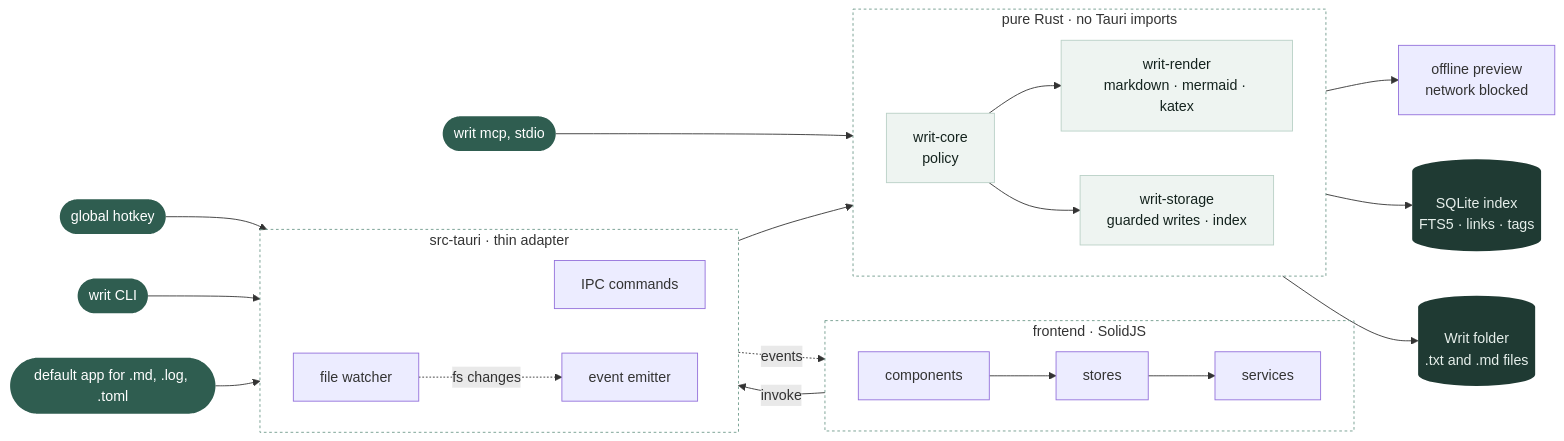
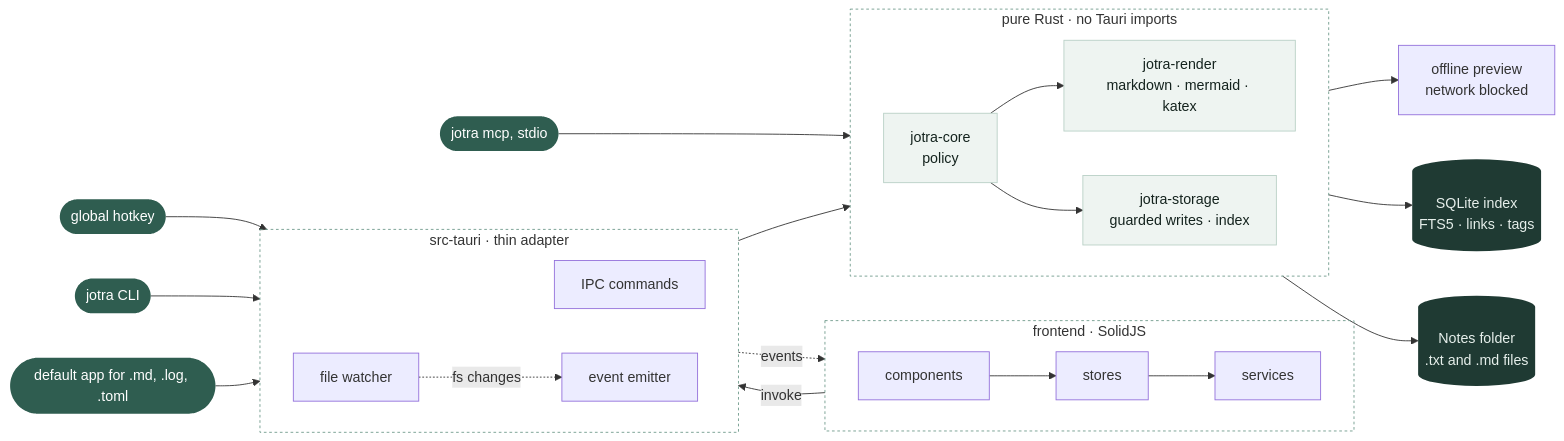
Before and after one commit to ibrahemid/writ: the diagram in docs/ARCHITECTURE.md, drawn with Mermaid. The commit also changed other lines of this file and 1837 other files, not shown here.

First line of the commit message:
refactor: rename crates, binaries and strings from writ to jotra (#371)

````diff
--- a/docs/ARCHITECTURE.md
+++ b/docs/ARCHITECTURE.md
@@ -271,44 +271,44 @@
 ```mermaid
 flowchart LR
     classDef entry fill:#2f5d50,color:#fff,stroke:none
     classDef data fill:#1f3a33,color:#e6efeb,stroke:none
     classDef crate fill:#eef4f1,color:#14231e,stroke:#b9d0c6
     classDef zone fill:none,stroke:#6f9a8b,stroke-dasharray:3 3
 
     HK([global hotkey]):::entry
-    CLI([writ CLI]):::entry
-    MCP([writ mcp, stdio]):::entry
+    CLI([jotra CLI]):::entry
+    MCP([jotra mcp, stdio]):::entry
     ASSOC([default app for .md, .log, .toml]):::entry
 
     subgraph FRONT [frontend · SolidJS]
         direction LR
         UI[components] --> ST[stores] --> SV[services]
     end
 
     subgraph SHELL [src-tauri · thin adapter]
         direction LR
         CMD[IPC commands]
         EVT[event emitter]
         FSW[file watcher]
     end
 
     subgraph CORE [pure Rust · no Tauri imports]
         direction LR
-        WC[writ-core<br>policy]:::crate
-        WR[writ-render<br>markdown · mermaid · katex]:::crate
-        WS[writ-storage<br>guarded writes · index]:::crate
+        WC[jotra-core<br>policy]:::crate
+        WR[jotra-render<br>markdown · mermaid · katex]:::crate
+        WS[jotra-storage<br>guarded writes · index]:::crate
     end
 
     HK & CLI & ASSOC --> SHELL
     MCP --> WS
     SV -- invoke --> CMD
     EVT -. events .-> SV
     FSW -. fs changes .-> EVT
     CMD --> WC
     WC --> WR --> PV[offline preview<br>network blocked]
     WC --> WS
     WS --> DB[(SQLite index<br>FTS5 · links · tags)]:::data
-    WS --> FS[(Writ folder<br>.txt and .md files)]:::data
+    WS --> FS[(Notes folder<br>.txt and .md files)]:::data
 
     class FRONT,SHELL,CORE zone
 ```
````
